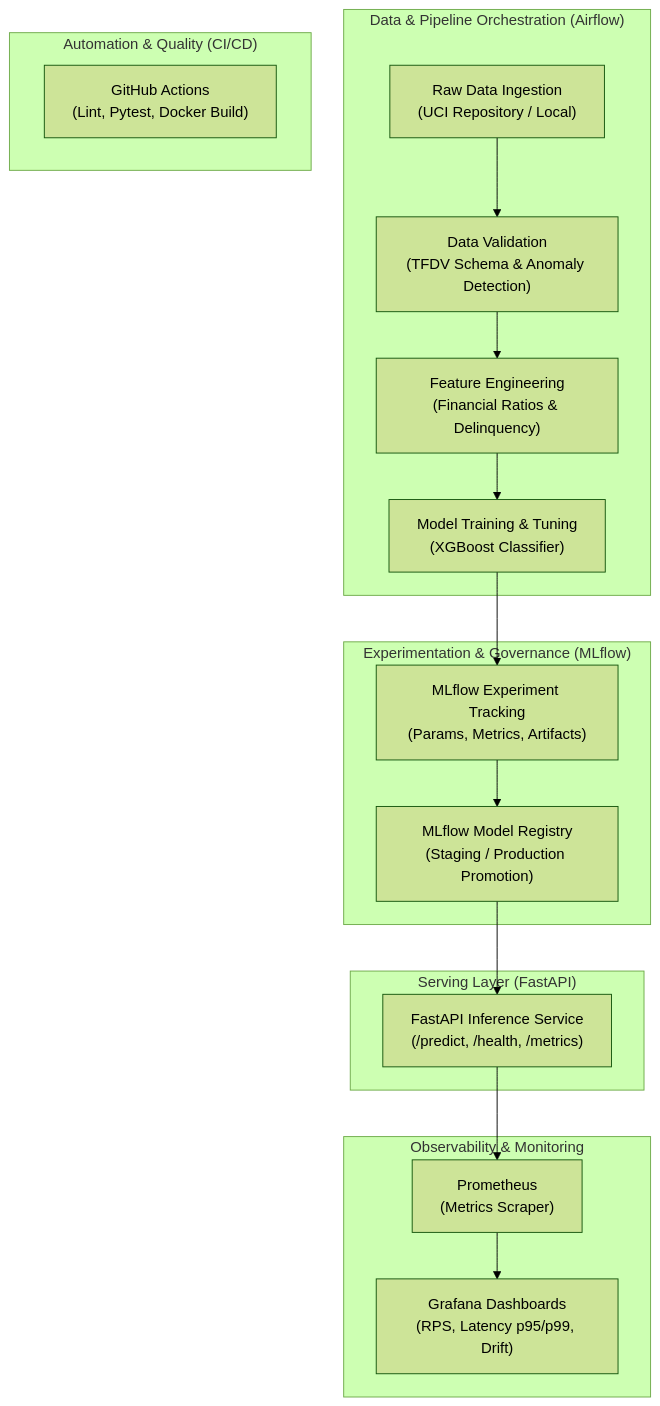
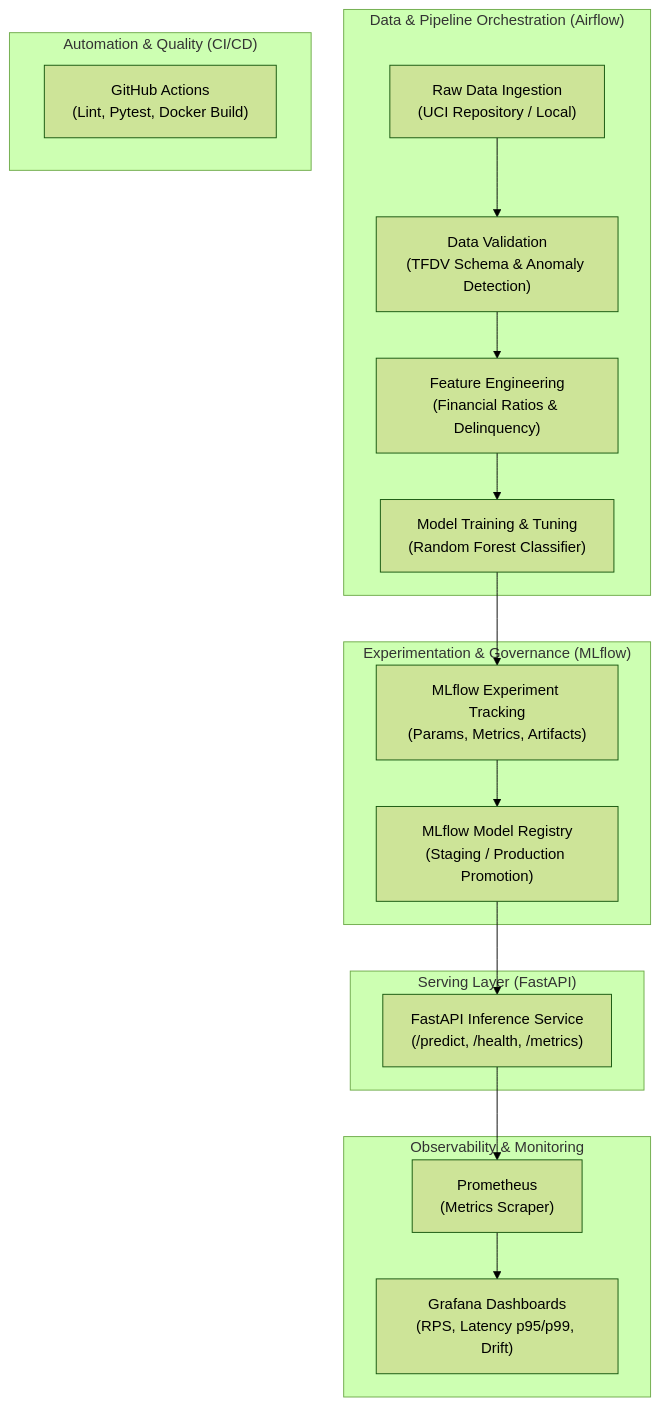
The diagram in README.md (uzuz3737/ml-ops-project), drawn with Mermaid (forest theme) before and after one commit. The commit also changed other lines of this file and 12 other files, not shown here.

Commit message:
Replace XGBoost pipeline with tuned Random Forest

````diff
--- a/README.md
+++ b/README.md
@@ -14,26 +14,26 @@
 ```mermaid
 flowchart TD
     subgraph Data & Pipeline Orchestration ["Data & Pipeline Orchestration (Airflow)"]
         A["Raw Data Ingestion\n(UCI Repository / Local)"] --> B["Data Validation\n(TFDV Schema & Anomaly Detection)"]
         B --> C["Feature Engineering\n(Financial Ratios & Delinquency)"]
-        C --> D["Model Training & Tuning\n(XGBoost Classifier)"]
+        C --> D["Model Training & Tuning\n(Random Forest Classifier)"]
     end
 
     subgraph Tracking & Governance ["Experimentation & Governance (MLflow)"]
         D --> E["MLflow Experiment Tracking\n(Params, Metrics, Artifacts)"]
         E --> F["MLflow Model Registry\n(Staging / Production Promotion)"]
     end
 
     subgraph Deployment & Serving ["Serving Layer (FastAPI)"]
         F --> G["FastAPI Inference Service\n(/predict, /health, /metrics)"]
     end
 
     subgraph Observability ["Observability & Monitoring"]
         G --> H["Prometheus\n(Metrics Scraper)"]
         H --> I["Grafana Dashboards\n(RPS, Latency p95/p99, Drift)"]
     end
 
     subgraph Automation ["Automation & Quality (CI/CD)"]
         J["GitHub Actions\n(Lint, Pytest, Docker Build)"]
     end
 ```
````
